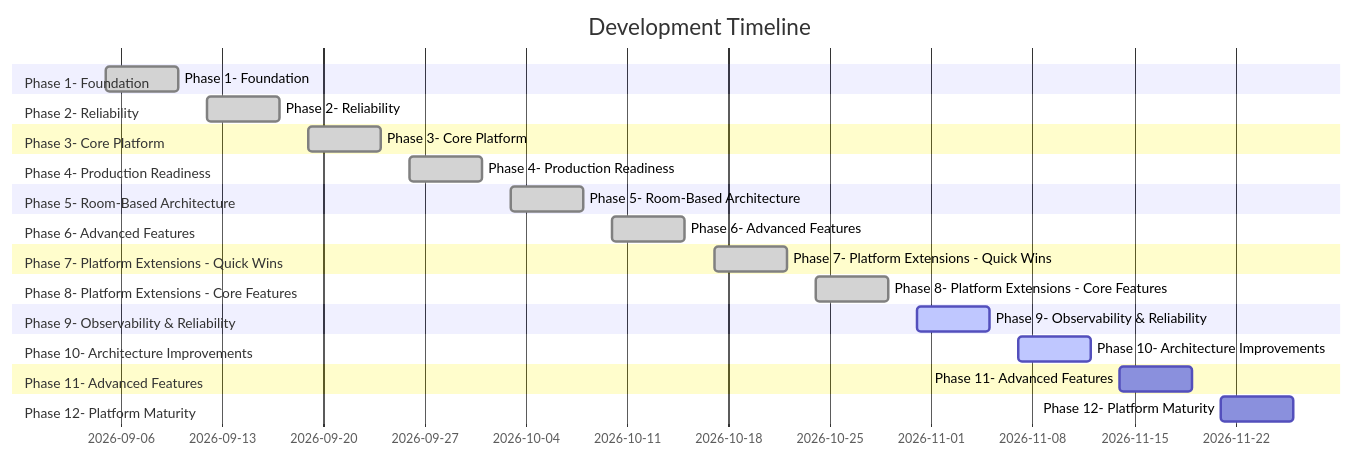
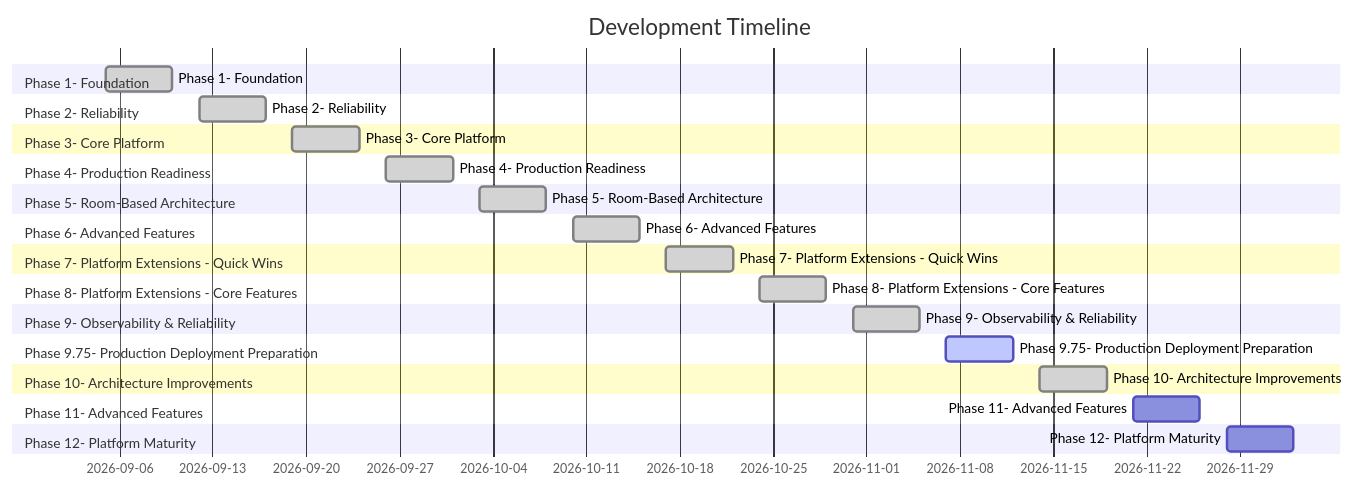
Before and after one commit to Alkamenos/smart-home-platform: the diagram in ROADMAP.md, drawn with Mermaid. The commit also changed other lines of this file, not shown here.

Commit message:
docs: update ROADMAP.md with Phase 9.75 progress

````diff
--- a/ROADMAP.md
+++ b/ROADMAP.md
@@ -5,42 +5,45 @@
 ```mermaid
 gantt
     title Development Timeline
     dateFormat YYYY-MM-DD
 
     section Phase 1- Foundation
     Phase 1- Foundation :done, p1, 2026-09-05, 2026-09-10
 
     section Phase 2- Reliability
     Phase 2- Reliability :done, p2, 2026-09-12, 2026-09-17
 
     section Phase 3- Core Platform
     Phase 3- Core Platform :done, p3, 2026-09-19, 2026-09-24
 
     section Phase 4- Production Readiness
     Phase 4- Production Readiness :done, p4, 2026-09-26, 2026-10-01
 
     section Phase 5- Room-Based Architecture
     Phase 5- Room-Based Architecture :done, p5, 2026-10-03, 2026-10-08
 
     section Phase 6- Advanced Features
     Phase 6- Advanced Features :done, p6, 2026-10-10, 2026-10-15
 
     section Phase 7- Platform Extensions - Quick Wins
     Phase 7- Platform Extensions - Quick Wins :done, p7, 2026-10-17, 2026-10-22
 
     section Phase 8- Platform Extensions - Core Features
     Phase 8- Platform Extensions - Core Features :done, p8, 2026-10-24, 2026-10-29
 
     section Phase 9- Observability & Reliability
-    Phase 9- Observability & Reliability :active, p9, 2026-10-31, 2026-11-05
+    Phase 9- Observability & Reliability :done, p9, 2026-10-31, 2026-11-05
+
+    section Phase 9.75- Production Deployment Preparation
+    Phase 9.75- Production Deployment Preparation :active, p10, 2026-11-07, 2026-11-12
 
     section Phase 10- Architecture Improvements
-    Phase 10- Architecture Improvements :active, p10, 2026-11-07, 2026-11-12
+    Phase 10- Architecture Improvements :done, p11, 2026-11-14, 2026-11-19
 
     section Phase 11- Advanced Features
-    Phase 11- Advanced Features :p11, 2026-11-14, 2026-11-19
+    Phase 11- Advanced Features :p12, 2026-11-21, 2026-11-26
 
     section Phase 12- Platform Maturity
-    Phase 12- Platform Maturity :p12, 2026-11-21, 2026-11-26
+    Phase 12- Platform Maturity :p13, 2026-11-28, 2026-12-03
 
 ```
````
